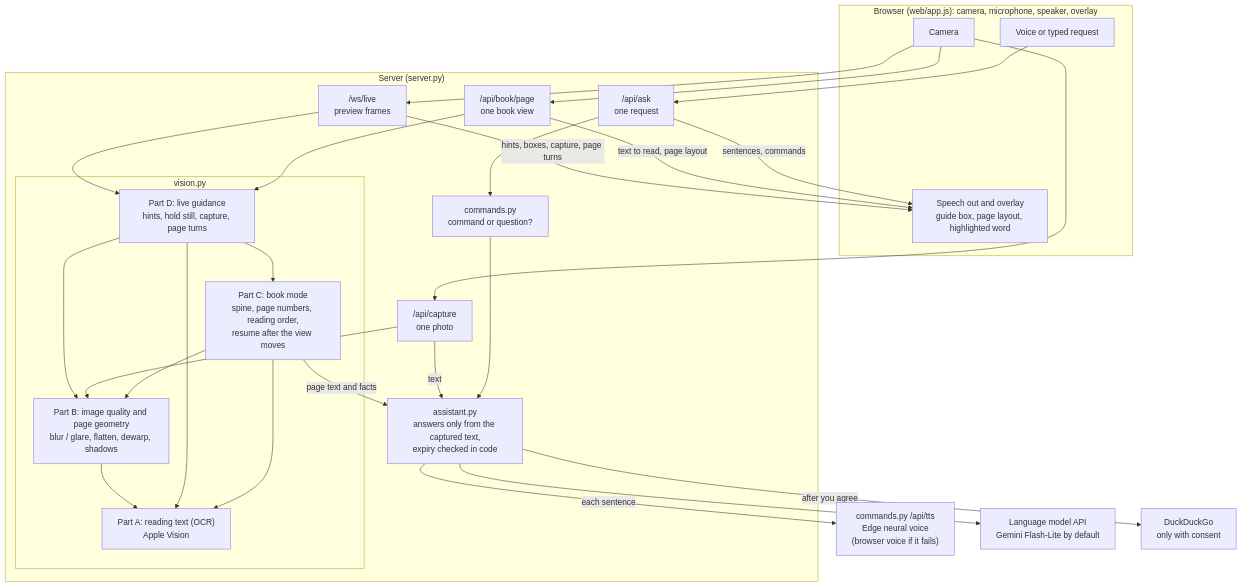
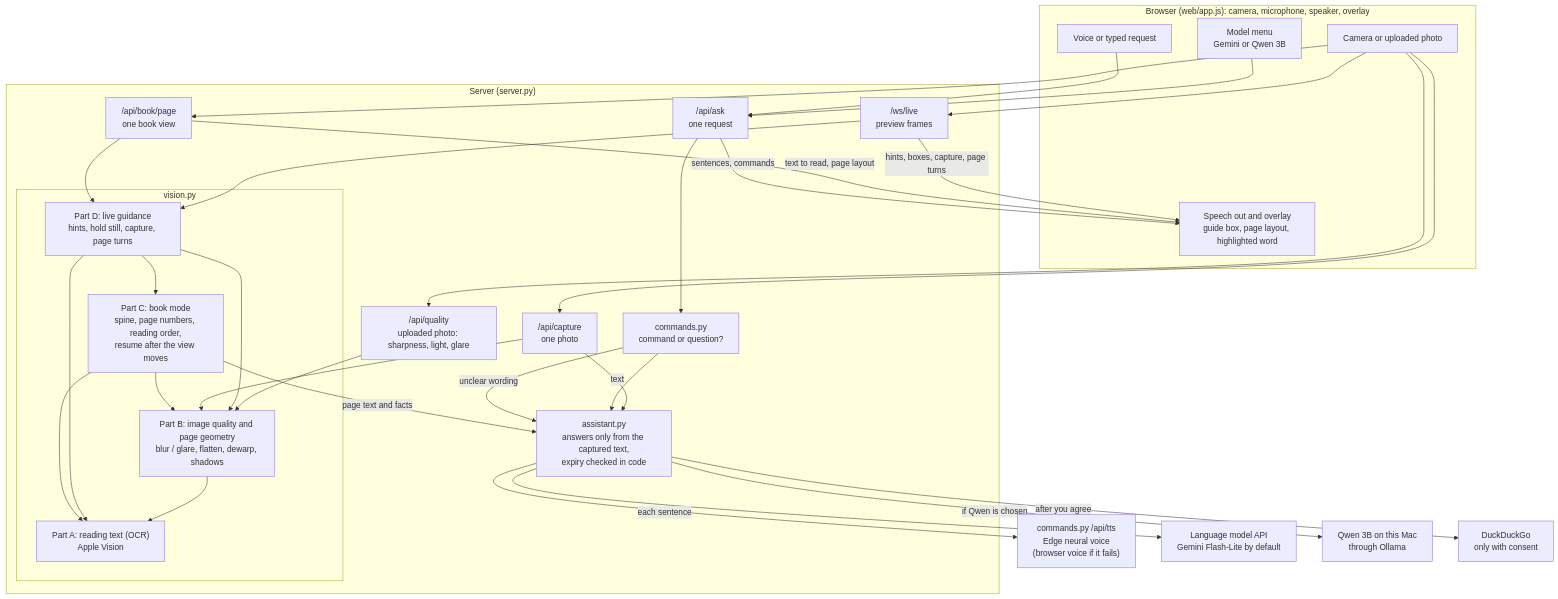
Before and after one commit to neerajprao/Helping_Eyes-main: the first of 2 diagrams in README.md, drawn with Mermaid. The commit also changed other lines of this file and 13 other files, not shown here.

````diff
--- a/README.md
+++ b/README.md
@@ -78,55 +78,63 @@
 ```mermaid
 flowchart TB
     subgraph BR["Browser (web/app.js): camera, microphone, speaker, overlay"]
-        CAM[Camera]
+        CAM[Camera or uploaded photo]
+        MODEL[Model menu<br/>Gemini or Qwen 3B]
         MIC[Voice or typed request]
         OUT[Speech out and overlay<br/>guide box, page layout, highlighted word]
     end
 
     subgraph SV["Server (server.py)"]
         WS["/ws/live<br/>preview frames"]
         CAP["/api/capture<br/>one photo"]
+        QLT["/api/quality<br/>uploaded photo: sharpness, light, glare"]
         BK["/api/book/page<br/>one book view"]
         ASK["/api/ask<br/>one request"]
         CMD["commands.py<br/>command or question?"]
 
         subgraph VIS["vision.py"]
             LIVE["Part D: live guidance<br/>hints, hold still, capture, page turns"]
             BOOKM["Part C: book mode<br/>spine, page numbers, reading order,<br/>resume after the view moves"]
             QUAL["Part B: image quality and page geometry<br/>blur / glare, flatten, dewarp, shadows"]
             OCRP["Part A: reading text (OCR)<br/>Apple Vision"]
         end
 
         DA["assistant.py<br/>answers only from the captured text,<br/>expiry checked in code"]
     end
 
     VOICE["commands.py /api/tts<br/>Edge neural voice<br/>(browser voice if it fails)"]
     LLM[Language model API<br/>Gemini Flash-Lite by default]
+    QWEN[Qwen 3B on this Mac<br/>through Ollama]
     WEB[DuckDuckGo<br/>only with consent]
 
     CAM --> WS
     CAM --> CAP
+    CAM --> QLT
+    QLT --> QUAL
+    MODEL --> ASK
     CAM --> BK
     MIC --> ASK
 
     WS --> LIVE
     BK --> LIVE
     LIVE --> BOOKM
     LIVE --> QUAL
     CAP --> QUAL
     BOOKM --> QUAL
     QUAL --> OCRP
     LIVE --> OCRP
     BOOKM --> OCRP
     BOOKM -- page text and facts --> DA
     CAP -- text --> DA
     ASK --> CMD
     CMD --> DA
+    CMD -- unclear wording --> DA
     DA --> LLM
+    DA -- if Qwen is chosen --> QWEN
     DA -- after you agree --> WEB
     DA -- each sentence --> VOICE
 
     WS -- hints, boxes, capture, page turns --> OUT
     BK -- text to read, page layout --> OUT
     ASK -- sentences, commands --> OUT
 ```
````
